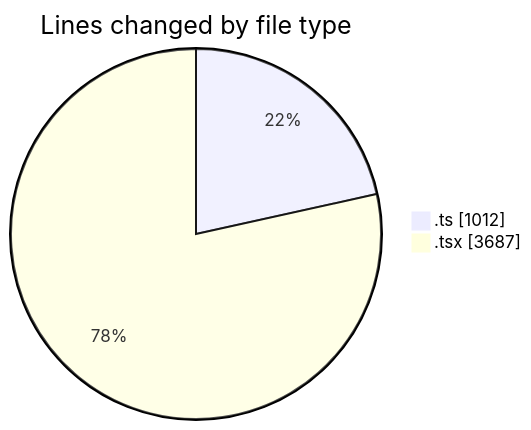
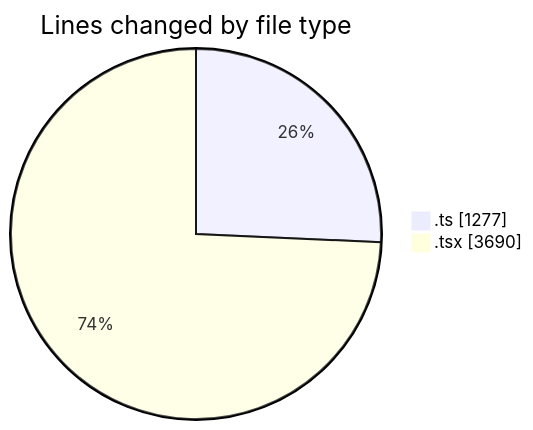
Before and after one commit to nxtqubesakshisongat/code-tracking: the first of 2 diagrams in 2026-05-04/nxtqube_webapp/README.md, drawn with Mermaid. The commit also changed other lines of this file and 1 other file, not shown here.

````diff
--- a/2026-05-04/nxtqube_webapp/README.md
+++ b/2026-05-04/nxtqube_webapp/README.md
@@ -26,6 +28,6 @@
 ```mermaid
 pie showData
 title Lines changed by file type
-".ts" : 1012
-".tsx" : 3687
+".ts" : 1277
+".tsx" : 3690
 ```
````
